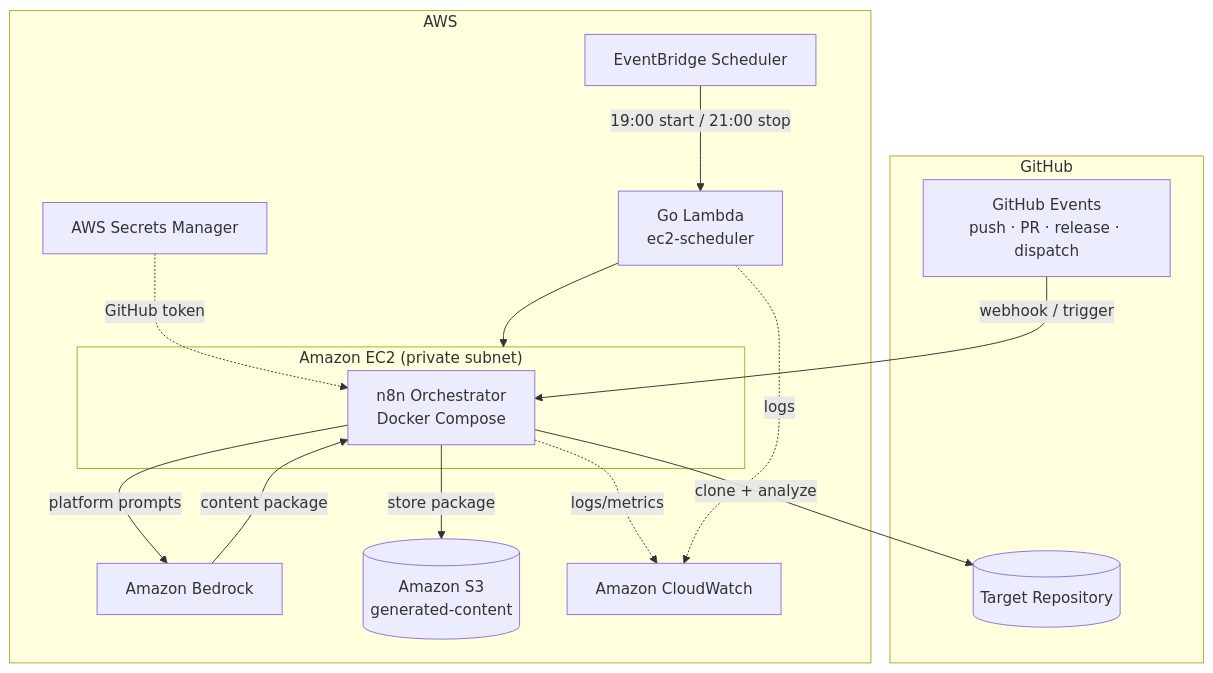
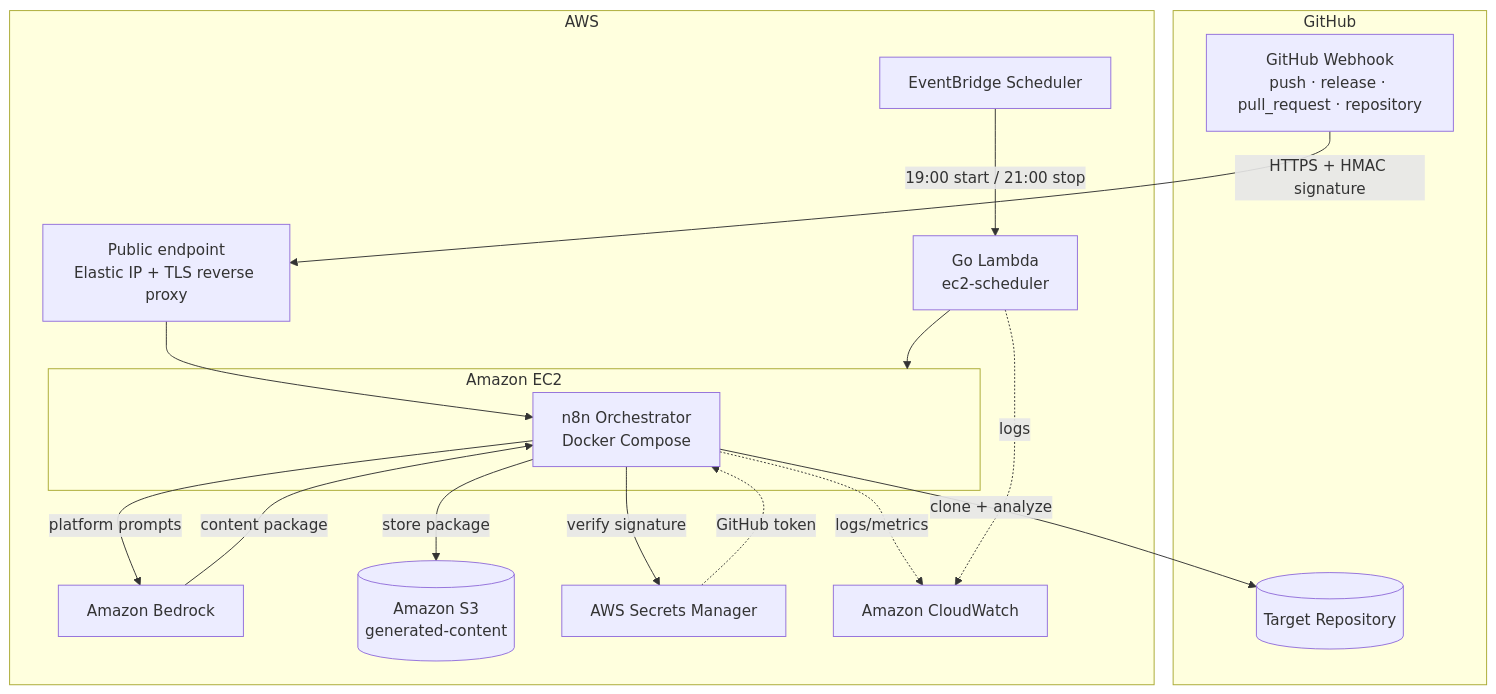
Before and after one commit to teddynted/ai-github-repository-blog-generator: the first of 6 diagrams in docs/architecture.md, drawn with Mermaid. The commit also changed other lines of this file and 9 other files, not shown here.

First line of the commit message:
docs: make GitHub Webhooks the primary trigger across the docs

````diff
--- a/docs/architecture.md
+++ b/docs/architecture.md
@@ -22,29 +22,31 @@
 ```mermaid
 flowchart TB
     subgraph GitHub
-        EVT[GitHub Events<br/>push · PR · release · dispatch]
+        EVT[GitHub Webhook<br/>push · release · pull_request · repository]
         REPO[(Target Repository)]
     end
 
     subgraph AWS
+        EIP[Public endpoint<br/>Elastic IP + TLS reverse proxy]
         SCHED[EventBridge Scheduler]
         LSTOP[Go Lambda<br/>ec2-scheduler]
-        subgraph EC2["Amazon EC2 (private subnet)"]
+        subgraph EC2["Amazon EC2"]
             N8N[n8n Orchestrator<br/>Docker Compose]
         end
         BR[Amazon Bedrock]
         S3[(Amazon S3<br/>generated-content)]
         SM[AWS Secrets Manager]
         CW[Amazon CloudWatch]
     end
 
-    EVT -->|webhook / trigger| N8N
+    EVT -->|HTTPS + HMAC signature| EIP --> N8N
+    N8N -->|verify signature| SM
     SCHED -->|19:00 start / 21:00 stop| LSTOP --> EC2
     N8N -->|clone + analyze| REPO
     N8N -->|platform prompts| BR
     BR -->|content package| N8N
     N8N -->|store package| S3
     SM -. GitHub token .-> N8N
     N8N -. logs/metrics .-> CW
     LSTOP -. logs .-> CW
 ```
````
